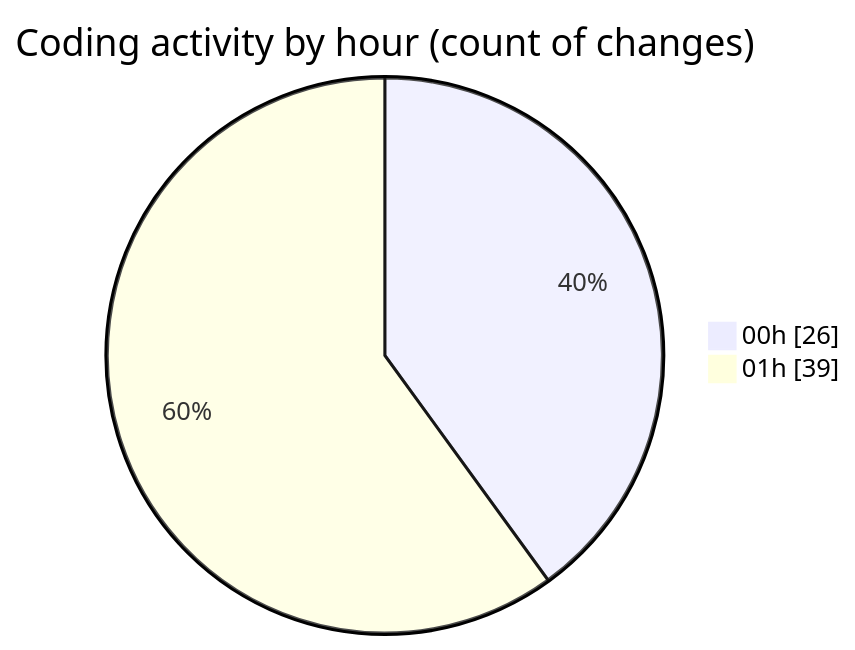
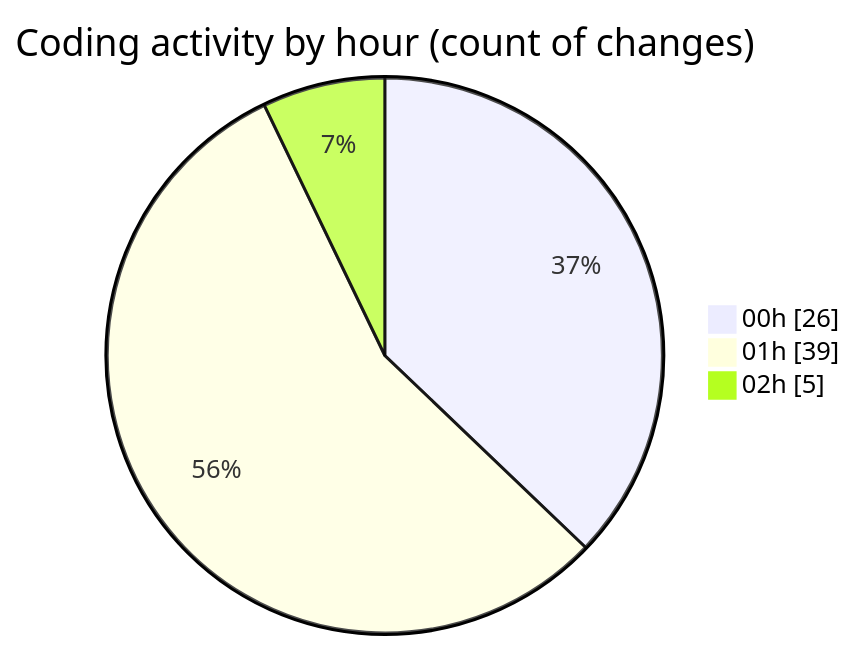
One commit to lephambinh05/code-tracking changed the second of 2 diagrams in 2025-08-17/rentotp/README.md. Above: the diagram before and after it, drawn with Mermaid. The commit also changed other lines of this file and 1 other file, not shown here.

````diff
--- a/2025-08-17/rentotp/README.md
+++ b/2025-08-17/rentotp/README.md
@@ -48,6 +51,7 @@
 ```mermaid
 pie showData
 title Coding activity by hour (count of changes)
 "00h" : 26
 "01h" : 39
+"02h" : 5
 ```
````
